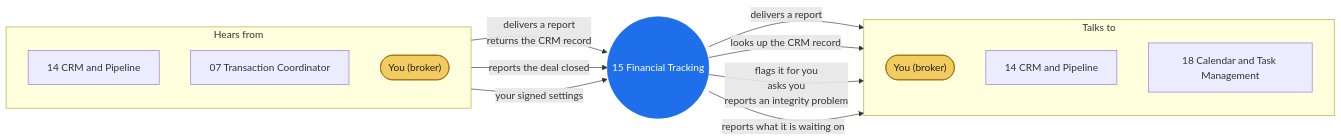
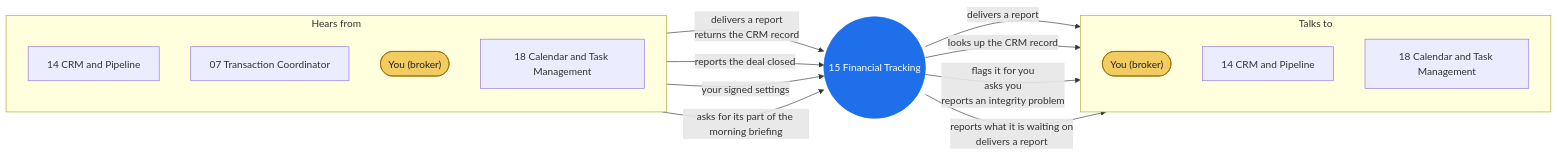
The diagram in 15-financial-tracking/README.md (QuietFireAI/listing-assistants), drawn with Mermaid before and after one commit. The commit also changed other lines of this file and 66 other files, not shown here.

First line of the commit message:
Owner walkthrough decisions 2-10 applied; morning briefing sections; evening books

````diff
--- a/15-financial-tracking/README.md
+++ b/15-financial-tracking/README.md
@@ -11,29 +11,31 @@
 ```mermaid
 flowchart LR
     subgraph IN["Hears from"]
         direction TB
         I14["14 CRM and Pipeline"]
         I07["07 Transaction Coordinator"]
         IB(["You (broker)"])
+        I18["18 Calendar and Task Management"]
     end
     A15(("15 Financial Tracking"))
     subgraph OUT["Talks to"]
         direction TB
         OB(["You (broker)"])
         O14["14 CRM and Pipeline"]
         OB(["You (broker)"])
         O18["18 Calendar and Task Management"]
     end
     I14 -- "delivers a report<br/>returns the CRM record" --> A15
     I07 -- "reports the deal closed" --> A15
     IB -- "your signed settings" --> A15
+    I18 -- "asks for its part of the morning briefing" --> A15
     A15 -- "delivers a report" --> OB
     A15 -- "looks up the CRM record" --> O14
     A15 -- "flags it for you<br/>asks you<br/>reports an integrity problem" --> OB
-    A15 -- "reports what it is waiting on" --> O18
+    A15 -- "reports what it is waiting on<br/>delivers a report" --> O18
     classDef me fill:#1f6feb,stroke:#1f6feb,color:#ffffff
     classDef you fill:#f2cc60,stroke:#9a6700,color:#1f2328
     classDef out fill:#d0d7de,stroke:#57606a,color:#1f2328
     class A15 me
     class IB,OB,OB you
 ```
````
